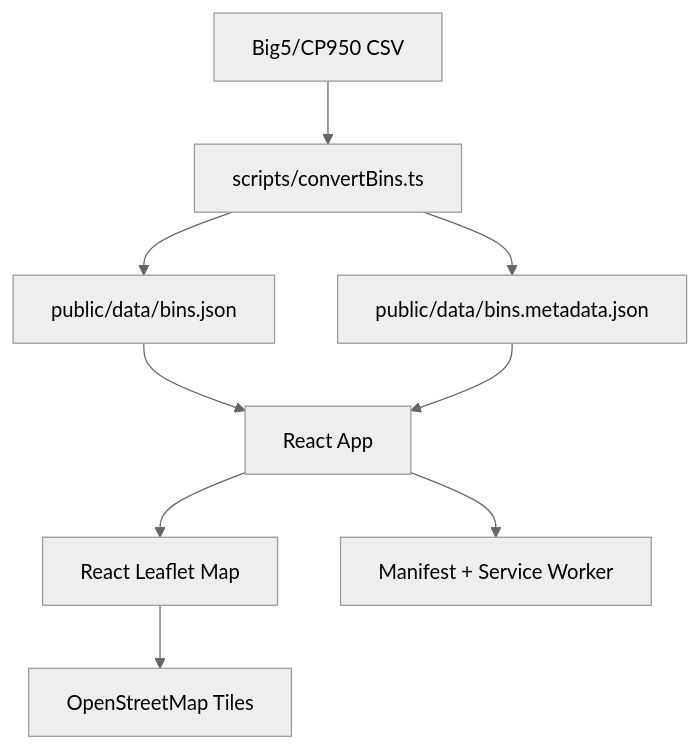
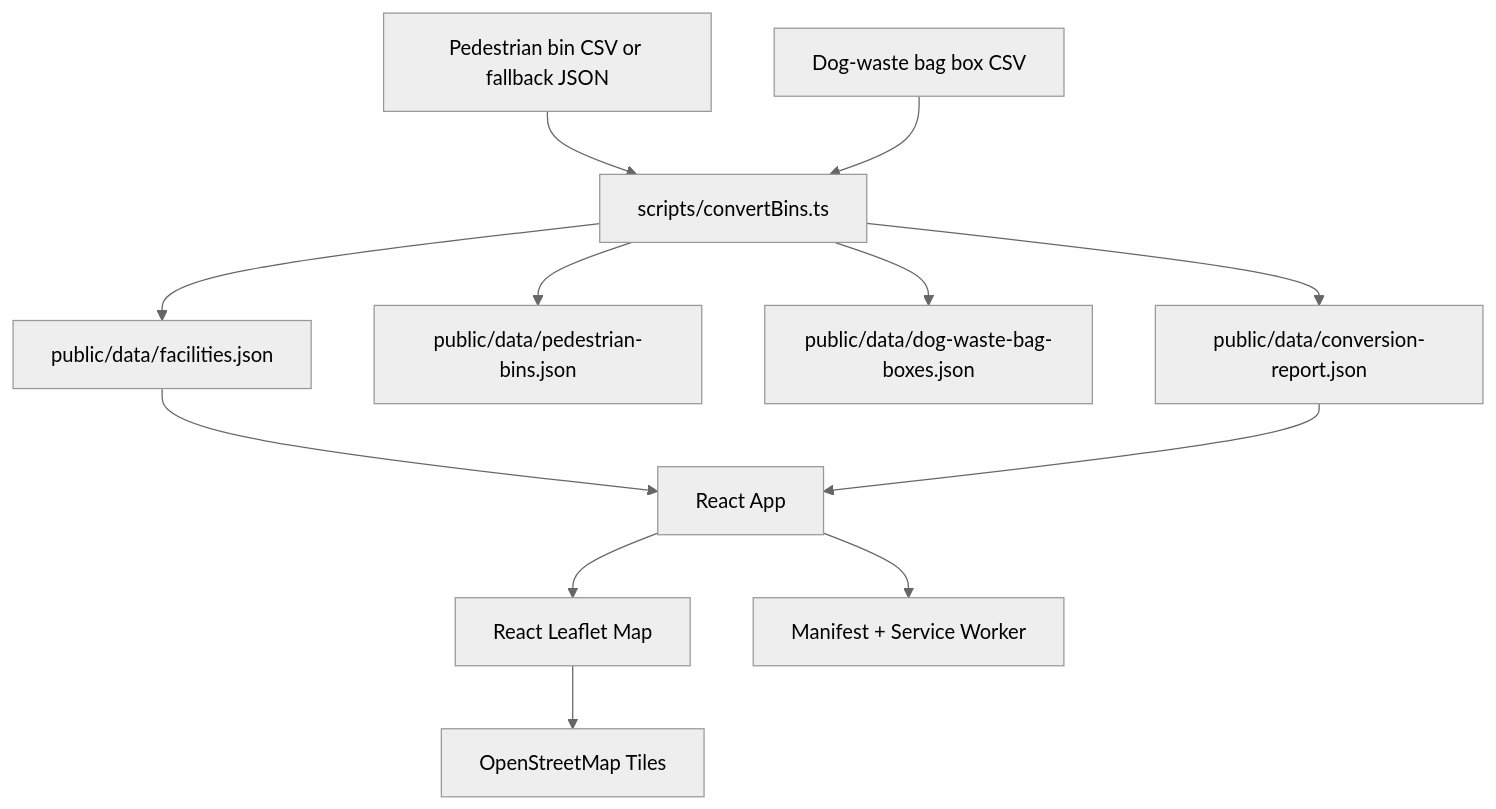
Before and after one commit to LEO0331/taipei-bin-map: the diagram in docs/system-design.en.md, drawn with Mermaid (neutral theme). The commit also changed other lines of this file and 35 other files, not shown here.

Commit message:
add dog bin

````diff
--- a/docs/system-design.en.md
+++ b/docs/system-design.en.md
@@ -9,11 +9,14 @@
 ```mermaid
 flowchart TD
-  CSV["Big5/CP950 CSV"] --> Convert["scripts/convertBins.ts"]
-  Convert --> Bins["public/data/bins.json"]
-  Convert --> Meta["public/data/bins.metadata.json"]
-  Bins --> App["React App"]
-  Meta --> App
+  BinCSV["Pedestrian bin CSV or fallback JSON"] --> Convert["scripts/convertBins.ts"]
+  DogCSV["Dog-waste bag box CSV"] --> Convert
+  Convert --> Facilities["public/data/facilities.json"]
+  Convert --> Pedestrian["public/data/pedestrian-bins.json"]
+  Convert --> Dog["public/data/dog-waste-bag-boxes.json"]
+  Convert --> Report["public/data/conversion-report.json"]
+  Facilities --> App["React App"]
+  Report --> App
   App --> Leaflet["React Leaflet Map"]
   Leaflet --> OSM["OpenStreetMap Tiles"]
   App --> PWA["Manifest + Service Worker"]
 ```
````
